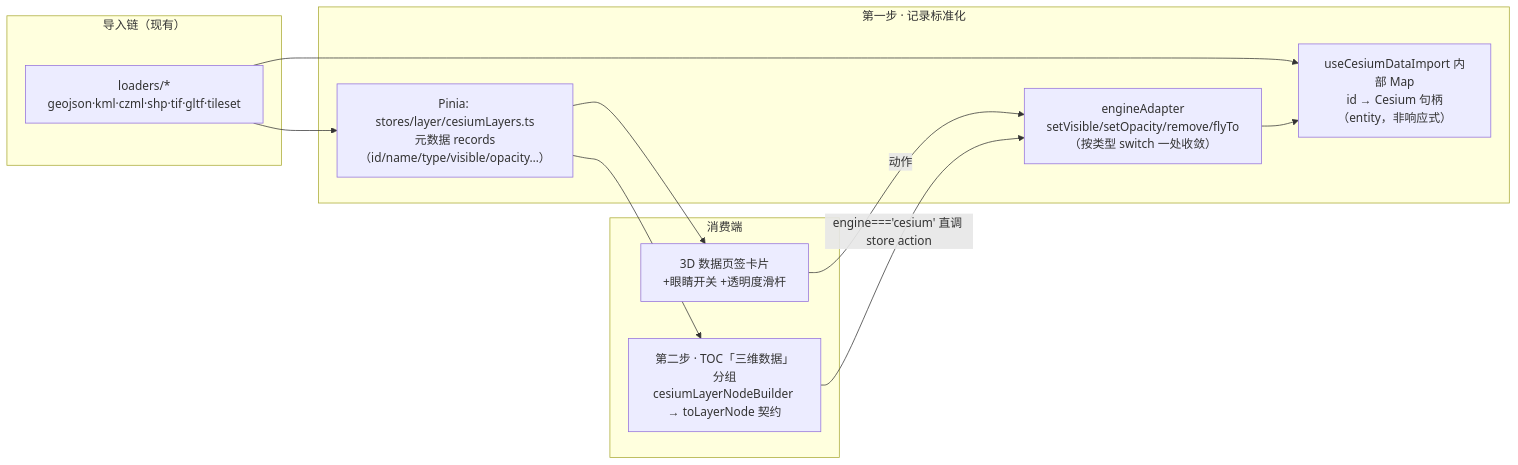
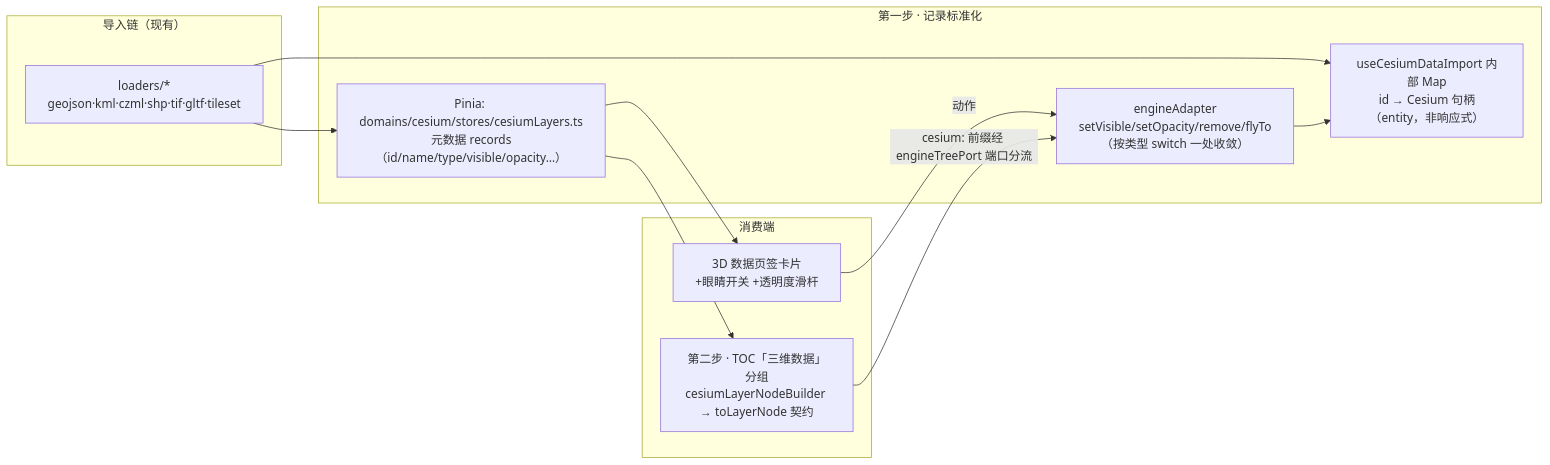
The diagram in Docs/Architecture/cesium-unified-layer-management.md (NEGIAO/WebGIS-Dev), drawn with Mermaid before and after one commit. The commit also changed other lines of this file and 52 other files, not shown here.

````diff
--- a/Docs/Architecture/cesium-unified-layer-management.md
+++ b/Docs/Architecture/cesium-unified-layer-management.md
@@ -49,25 +50,25 @@
 ```mermaid
 flowchart LR
     subgraph IMPORT["导入链（现有）"]
         LOADERS["loaders/*<br/>geojson·kml·czml·shp·tif·gltf·tileset"]
     end
 
     subgraph STORE["第一步 · 记录标准化"]
-        META["Pinia: stores/layer/cesiumLayers.ts<br/>元数据 records（id/name/type/visible/opacity…）"]
+        META["Pinia: domains/cesium/stores/cesiumLayers.ts<br/>元数据 records（id/name/type/visible/opacity…）"]
         HANDLE["useCesiumDataImport 内部 Map<br/>id → Cesium 句柄（entity，非响应式）"]
         ADAPTER["engineAdapter<br/>setVisible/setOpacity/remove/flyTo<br/>（按类型 switch 一处收敛）"]
     end
 
     subgraph UI["消费端"]
         CARD["3D 数据页签卡片<br/>+眼睛开关 +透明度滑杆"]
         TOC["第二步 · TOC「三维数据」分组<br/>cesiumLayerNodeBuilder → toLayerNode 契约"]
     end
 
     LOADERS --> META
     LOADERS --> HANDLE
     META --> CARD
     META --> TOC
     CARD -- "动作" --> ADAPTER
-    TOC -- "engine==='cesium' 直调 store action" --> ADAPTER
+    TOC -- "cesium: 前缀经 engineTreePort 端口分流" --> ADAPTER
     ADAPTER --> HANDLE
 ```
````
